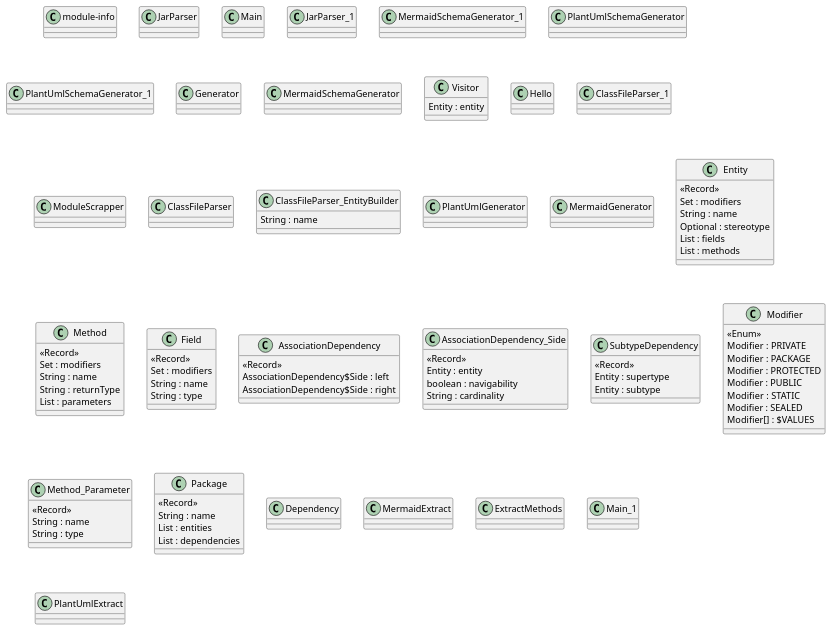
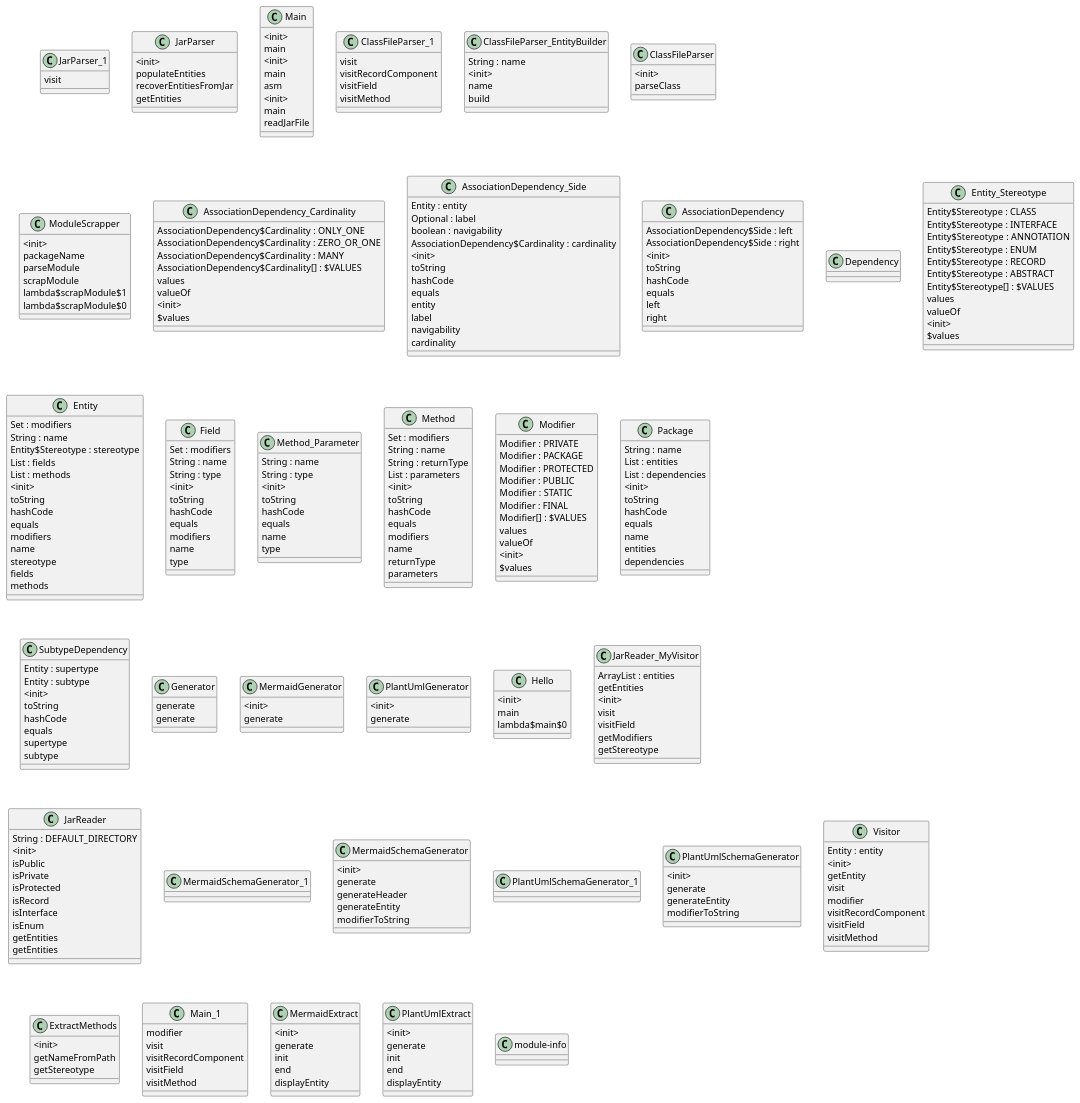
The diagram in src/main/java/com/github/veluvexiau/umldoc/core/plantExport.md (forax/umldoc), drawn with PlantUML before and after one commit. The commit also changed 3 other files, not shown here.

Commit message:
display methods (not finished)

````diff
--- a/src/main/java/com/github/veluvexiau/umldoc/core/plantExport.md
+++ b/src/main/java/com/github/veluvexiau/umldoc/core/plantExport.md
@@ -1,148 +1,320 @@
 ```plantuml
 @startuml
 ' umldoc
-	class module-info{
+	class JarParser_1{
+		visit
 	}
 
 	class JarParser{
+		<init>
+		populateEntities
+		recoverEntitiesFromJar
+		getEntities
 	}
 
 	class Main{
+		<init>
+		main
 	}
 
-	class JarParser_1{
+	class ClassFileParser_1{
+		visit
+		visitRecordComponent
+		visitField
+		visitMethod
 	}
 
-	class Main{
+	class ClassFileParser_EntityBuilder{
+		String : name
+		<init>
+		name
+		build
+	}
+
+	class ClassFileParser{
+		<init>
+		parseClass
+	}
+
+	class ModuleScrapper{
+		<init>
+		packageName
+		parseModule
+		scrapModule
+		lambda$scrapModule$1
+		lambda$scrapModule$0
+	}
+
+	class AssociationDependency_Cardinality{
+		AssociationDependency$Cardinality : ONLY_ONE
+		AssociationDependency$Cardinality : ZERO_OR_ONE
+		AssociationDependency$Cardinality : MANY
+		AssociationDependency$Cardinality[] : $VALUES
+		values
+		valueOf
+		<init>
+		$values
+	}
+
+	class AssociationDependency_Side{
+		Entity : entity
+		Optional : label
+		boolean : navigability
+		AssociationDependency$Cardinality : cardinality
+		<init>
+		toString
+		hashCode
+		equals
+		entity
+		label
+		navigability
+		cardinality
+	}
+
+	class AssociationDependency{
+		AssociationDependency$Side : left
+		AssociationDependency$Side : right
+		<init>
+		toString
+		hashCode
+		equals
+		left
+		right
+	}
+
+	class Dependency{
+	}
+
+	class Entity_Stereotype{
+		Entity$Stereotype : CLASS
+		Entity$Stereotype : INTERFACE
+		Entity$Stereotype : ANNOTATION
+		Entity$Stereotype : ENUM
+		Entity$Stereotype : RECORD
+		Entity$Stereotype : ABSTRACT
+		Entity$Stereotype[] : $VALUES
+		values
+		valueOf
+		<init>
+		$values
+	}
+
+	class Entity{
+		Set : modifiers
+		String : name
+		Entity$Stereotype : stereotype
+		List : fields
+		List : methods
+		<init>
+		toString
+		hashCode
+		equals
+		modifiers
+		name
+		stereotype
+		fields
+		methods
+	}
+
+	class Field{
+		Set : modifiers
+		String : name
+		String : type
+		<init>
+		toString
+		hashCode
+		equals
+		modifiers
+		name
+		type
+	}
+
+	class Method_Parameter{
+		String : name
+		String : type
+		<init>
+		toString
+		hashCode
+		equals
+		name
+		type
+	}
+
+	class Method{
+		Set : modifiers
+		String : name
+		String : returnType
+		List : parameters
+		<init>
+		toString
+		hashCode
+		equals
+		modifiers
+		name
+		returnType
+		parameters
+	}
+
+	class Modifier{
+		Modifier : PRIVATE
+		Modifier : PACKAGE
+		Modifier : PROTECTED
+		Modifier : PUBLIC
+		Modifier : STATIC
+		Modifier : FINAL
+		Modifier[] : $VALUES
+		values
+		valueOf
+		<init>
+		$values
+	}
+
+	class Package{
+		String : name
+		List : entities
+		List : dependencies
+		<init>
+		toString
+		hashCode
+		equals
+		name
+		entities
+		dependencies
+	}
+
+	class SubtypeDependency{
+		Entity : supertype
+		Entity : subtype
+		<init>
+		toString
+		hashCode
+		equals
+		supertype
+		subtype
+	}
+
+	class Generator{
+		generate
+	}
+
+	class MermaidGenerator{
+		<init>
+		generate
+	}
+
+	class PlantUmlGenerator{
+		<init>
+		generate
+	}
+
+	class Hello{
+		<init>
+		main
+		lambda$main$0
+	}
+
+	class JarReader_MyVisitor{
+		ArrayList : entities
+		getEntities
+		<init>
+		visit
+		visitField
+		getModifiers
+		getStereotype
+	}
+
+	class JarReader{
+		String : DEFAULT_DIRECTORY
+		<init>
+		isPublic
+		isPrivate
+		isProtected
+		isRecord
+		isInterface
+		isEnum
+		getEntities
+		getEntities
+	}
+
+	class Generator{
+		generate
 	}
 
 	class MermaidSchemaGenerator_1{
 	}
 
-	class PlantUmlSchemaGenerator{
+	class MermaidSchemaGenerator{
+		<init>
+		generate
+		generateHeader
+		generateEntity
+		modifierToString
 	}
 
 	class PlantUmlSchemaGenerator_1{
 	}
 
-	class Generator{
+	class PlantUmlSchemaGenerator{
+		<init>
+		generate
+		generateEntity
+		modifierToString
 	}
 
-	class MermaidSchemaGenerator{
+	class Main{
+		<init>
+		main
+		asm
 	}
 
 	class Visitor{
 		Entity : entity
+		<init>
+		getEntity
+		visit
+		modifier
+		visitRecordComponent
+		visitField
+		visitMethod
 	}
 
-	class Hello{
+	class ExtractMethods{
+		<init>
+		getNameFromPath
+		getStereotype
 	}
 
-	class ClassFileParser_1{
+	class Main_1{
+		modifier
+		visit
+		visitRecordComponent
+		visitField
+		visitMethod
 	}
 
-	class ModuleScrapper{
-	}
-
-	class ClassFileParser{
-	}
-
-	class ClassFileParser_EntityBuilder{
-		String : name
-	}
-
-	class PlantUmlGenerator{
-	}
-
-	class Generator{
-	}
-
-	class MermaidGenerator{
-	}
-
-	class Entity{
-		<<Record>>
-		Set : modifiers
-		String : name
-		Optional : stereotype
-		List : fields
-		List : methods
-	}
-
-	class Method{
-		<<Record>>
-		Set : modifiers
-		String : name
-		String : returnType
-		List : parameters
-	}
-
-	class Field{
-		<<Record>>
-		Set : modifiers
-		String : name
-		String : type
-	}
-
-	class AssociationDependency{
-		<<Record>>
-		AssociationDependency$Side : left
-		AssociationDependency$Side : right
-	}
-
-	class AssociationDependency_Side{
-		<<Record>>
-		Entity : entity
-		boolean : navigability
-		String : cardinality
-	}
-
-	class SubtypeDependency{
-		<<Record>>
-		Entity : supertype
-		Entity : subtype
-	}
-
-	class Modifier{
-		<<Enum>>
-		Modifier : PRIVATE
-		Modifier : PACKAGE
-		Modifier : PROTECTED
-		Modifier : PUBLIC
-		Modifier : STATIC
-		Modifier : SEALED
-		Modifier[] : $VALUES
-	}
-
-	class Method_Parameter{
-		<<Record>>
-		String : name
-		String : type
-	}
-
-	class Package{
-		<<Record>>
-		String : name
-		List : entities
-		List : dependencies
-	}
-
-	class Dependency{
+	class Main{
+		<init>
+		main
+		readJarFile
 	}
 
 	class MermaidExtract{
-	}
-
-	class ExtractMethods{
-	}
-
-	class Main{
-	}
-
-	class Main_1{
+		<init>
+		generate
+		init
+		end
+		displayEntity
 	}
 
 	class PlantUmlExtract{
+		<init>
+		generate
+		init
+		end
+		displayEntity
+	}
+
+	class module-info{
 	}
 
 @enduml
````
